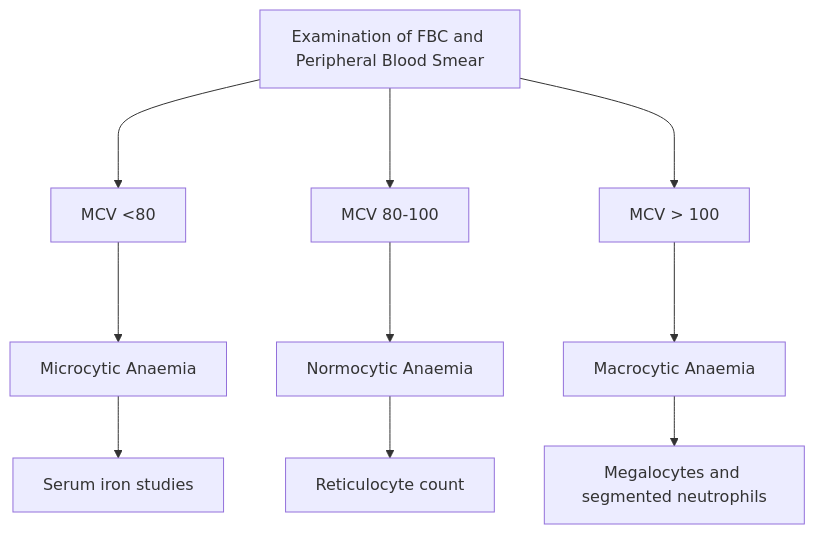
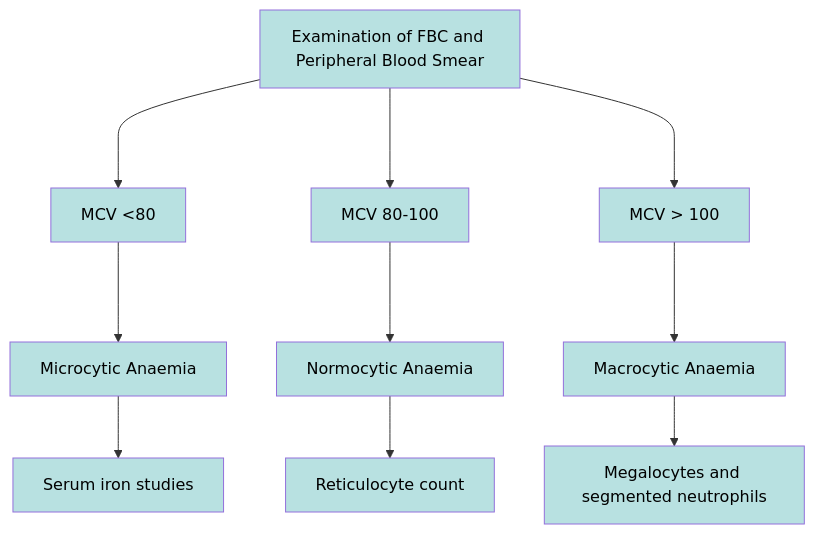
Before and after one commit to Ahsome/NIMA-Notes: the diagram in Med Notes/Diseases/Haem/Anaemia.md, drawn with Mermaid.

Commit message:
vault backup: 2023-05-12 15:48:12
Affected files:
Med Notes/Diseases/Haem/Anaemia.md

````diff
--- a/Med Notes/Diseases/Haem/Anaemia.md
+++ b/Med Notes/Diseases/Haem/Anaemia.md
@@ -14,20 +14,32 @@
 ```mermaid
 flowchart TB
 1[Examination of FBC and Peripheral Blood Smear]--->2[MCV <80]
 1---> 3[MCV 80-100]
 1--->4[MCV > 100]
 
 2 ---> 21[Microcytic Anaemia]
 3 ---> 31[Normocytic Anaemia]
 4 ---> 41[Macrocytic Anaemia]
 
 21 --> 211[Serum iron studies]
 31 --> 311[Reticulocyte count]
 41 --> 411[Megalocytes and segmented neutrophils]
 
 class 21 internal-link
 class 31 internal-link
-class 41internal link
+class 41 internal-link
 
-style 1 fill #b8e1e1
+style 1 fill:#b8e1e1,color:#000000
+style 2 fill:#b8e1e1,color:#000000
+style 3 fill:#b8e1e1,color:#000000
+style 4 fill:#b8e1e1,color:#000000
+
+style 21 fill:#b8e1e1,color:#000000
+style 31 fill:#b8e1e1,color:#000000
+style 41 fill:#b8e1e1,color:#000000
+
+style 211 fill:#b8e1e1,color:#000000
+style 311 fill:#b8e1e1,color:#000000
+style 411 fill:#b8e1e1,color:#000000
+
 ```
````
